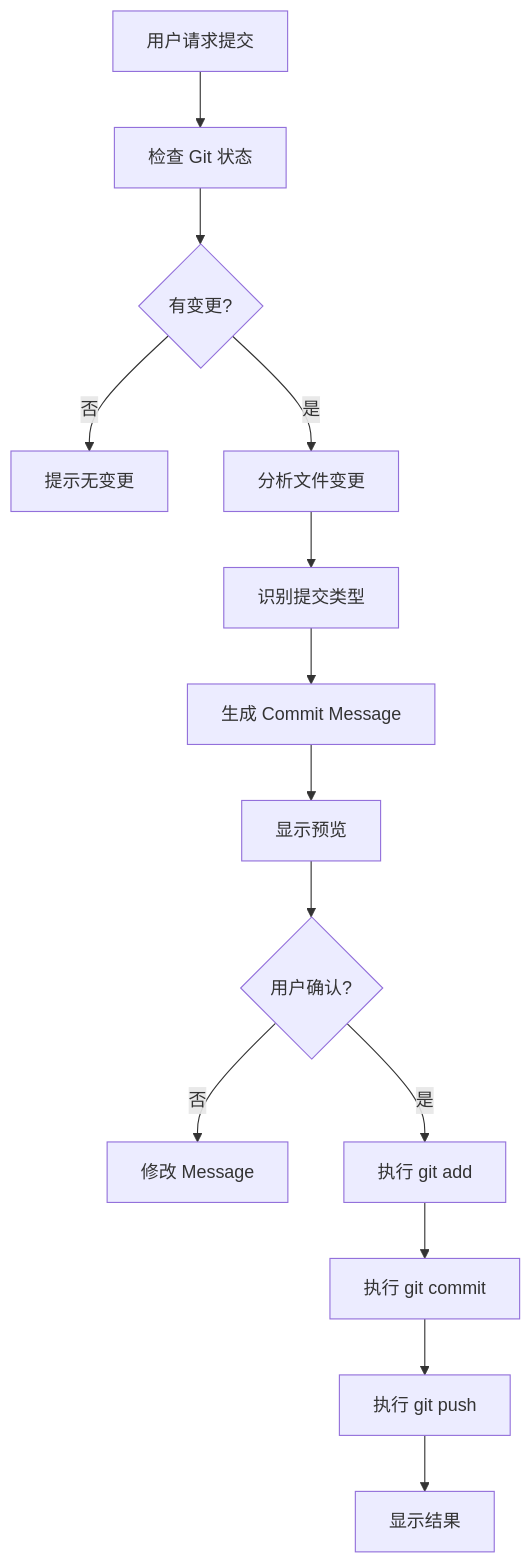
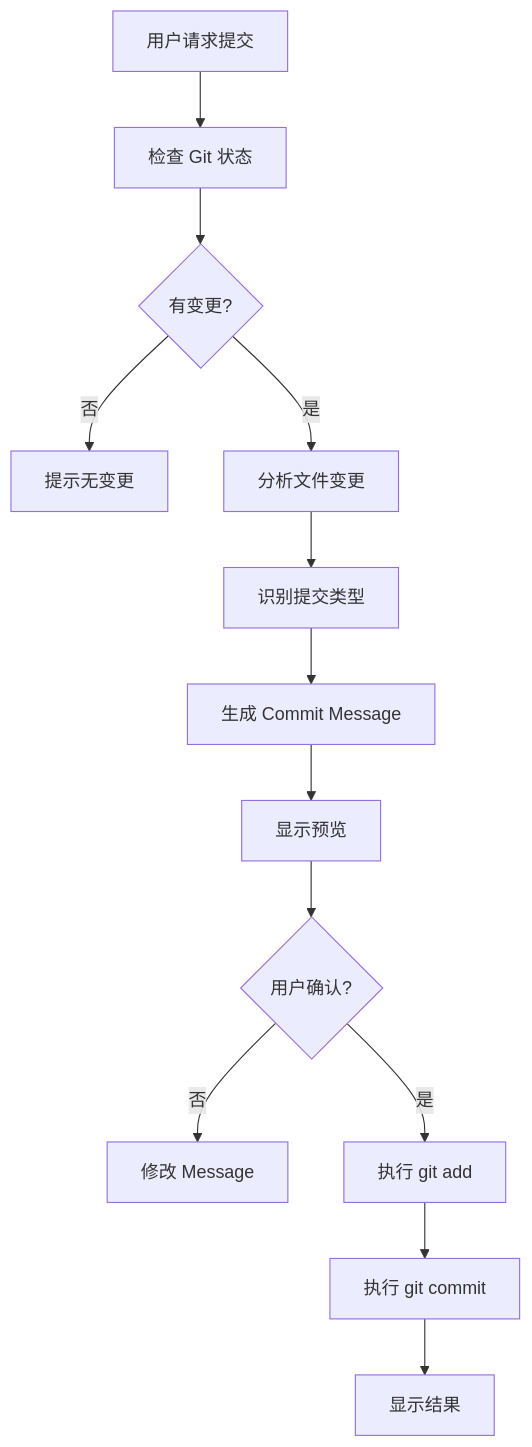
The diagram in .cursor/skills/git-auto-commit/SKILL.md (ws0424/life-record-platform), drawn with Mermaid before and after one commit. The commit also changed other lines of this file, not shown here.

First line of the commit message:
refactor(skill): 简化 git-auto-commit skill，只保留 commit 功能

````diff
--- a/.cursor/skills/git-auto-commit/SKILL.md
+++ b/.cursor/skills/git-auto-commit/SKILL.md
@@ -185,16 +184,15 @@
 ```mermaid
 graph TD
     A[用户请求提交] --> B[检查 Git 状态]
     B --> C{有变更?}
     C -->|否| D[提示无变更]
     C -->|是| E[分析文件变更]
     E --> F[识别提交类型]
     F --> G[生成 Commit Message]
     G --> H[显示预览]
     H --> I{用户确认?}
     I -->|否| J[修改 Message]
     I -->|是| K[执行 git add]
     K --> L[执行 git commit]
-    L --> M[执行 git push]
-    M --> N[显示结果]
+    L --> M[显示结果]
 ```
````
